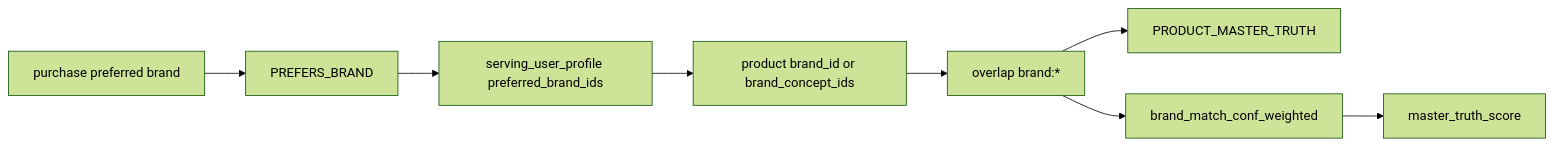
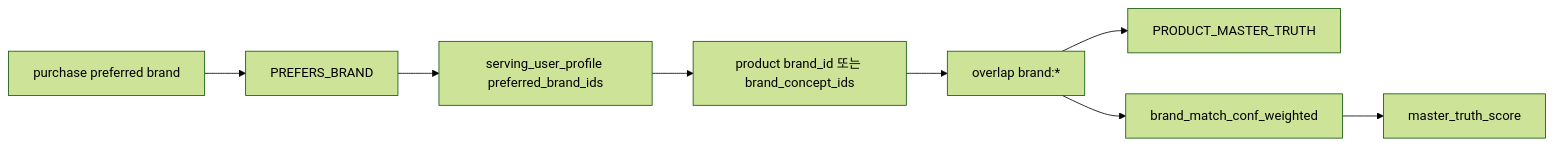
One commit to moreHS/GraphRapping changed the third of 10 diagrams in docs/architecture/recommendation_signal_flow_2026_06_23.md. Above: the diagram before and after it, drawn with Mermaid (forest theme). The commit also changed other lines of this file, not shown here.

Commit message:
docs: localize recommendation signal flow

````diff
--- a/docs/architecture/recommendation_signal_flow_2026_06_23.md
+++ b/docs/architecture/recommendation_signal_flow_2026_06_23.md
@@ -184,10 +186,10 @@
 ```mermaid
 flowchart LR
     A["purchase preferred brand"] --> B["PREFERS_BRAND"]
     B --> C["serving_user_profile preferred_brand_ids"]
-    C --> D["product brand_id or brand_concept_ids"]
+    C --> D["product brand_id 또는 brand_concept_ids"]
     D --> E["overlap brand:*"]
     E --> F["PRODUCT_MASTER_TRUTH"]
     E --> G["brand_match_conf_weighted"]
     G --> H["master_truth_score"]
 ```
````
